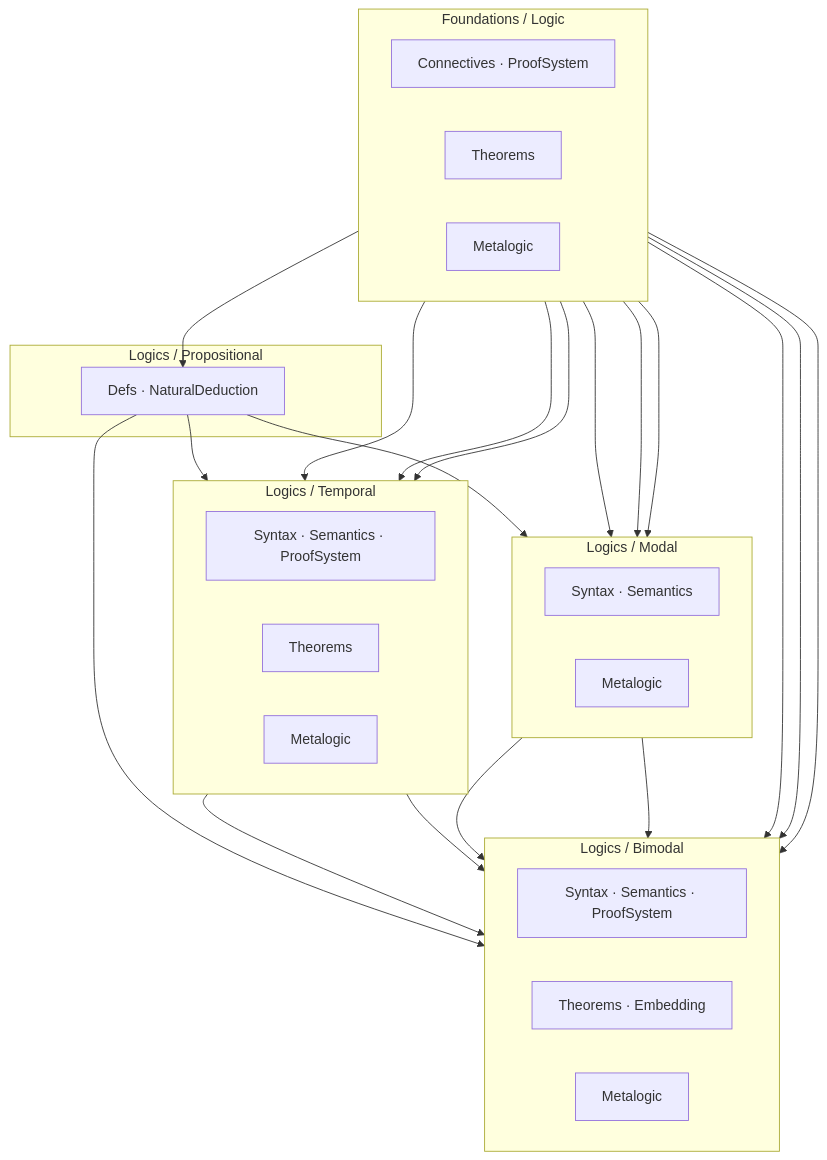
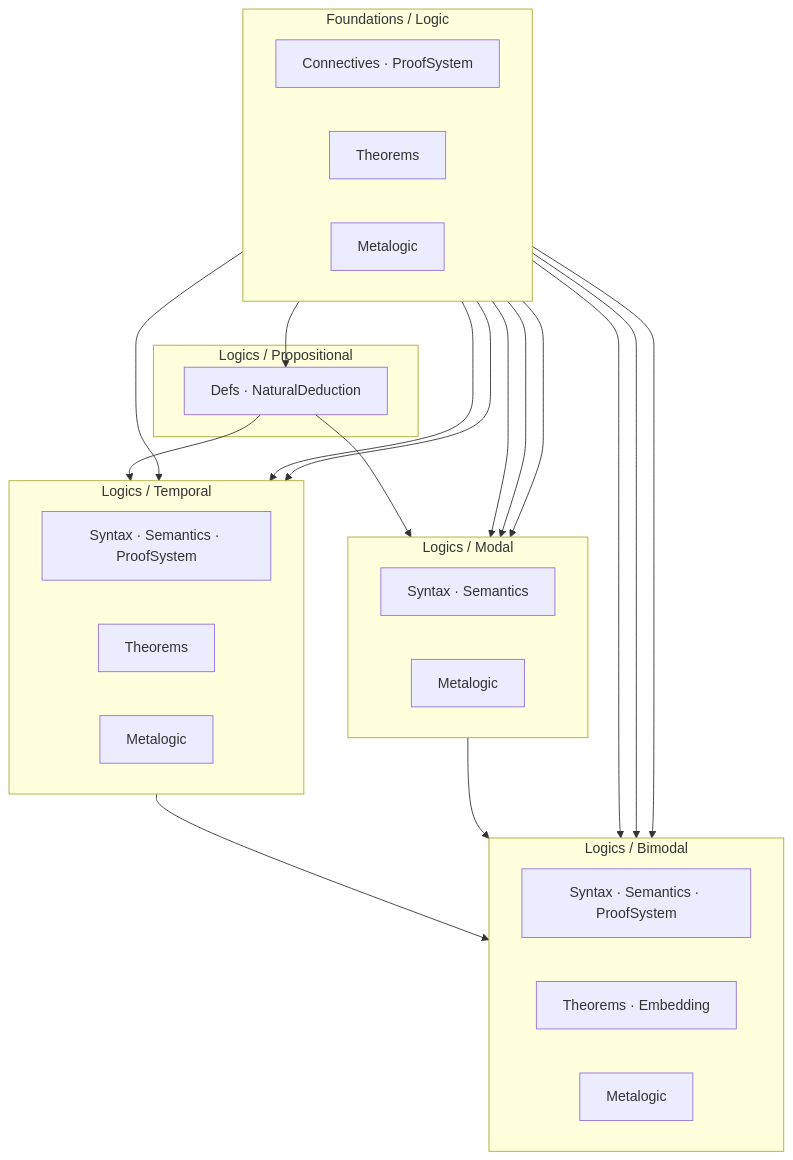
One commit to benbrastmckie/cslib changed the diagram in specs/ROADMAP.md. Above: the diagram before and after it, drawn with Mermaid. The commit also changed 3 other files, not shown here.

````diff
--- a/specs/ROADMAP.md
+++ b/specs/ROADMAP.md
@@ -26,44 +26,41 @@
 ```mermaid
 flowchart TB
     subgraph F ["Foundations / Logic"]
         direction LR
         F1["Connectives · ProofSystem"]
         F2["Theorems"]
         F3["Metalogic"]
     end
 
     subgraph P ["Logics / Propositional"]
         P1["Defs · NaturalDeduction"]
     end
 
     subgraph M ["Logics / Modal"]
         direction LR
         M1["Syntax · Semantics"]
         M2["Metalogic"]
     end
 
     subgraph T ["Logics / Temporal"]
         direction LR
         T1["Syntax · Semantics · ProofSystem"]
         T2["Theorems"]
         T3["Metalogic"]
     end
 
     subgraph B ["Logics / Bimodal"]
         direction LR
         B1["Syntax · Semantics · ProofSystem"]
         B2["Theorems · Embedding"]
         B3["Metalogic"]
     end
 
     F1 --> P1 & M1 & T1 & B1
     F2 --> M2 & T2 & B2
     F3 --> M2 & T3 & B3
 
     P1 --> M1 & T1
     M1 --> B2
-    M2 --> B3
-    T2 --> B2
-    T3 --> B3
-    P1 --> B2
+    T1 --> B2
 ```
````
